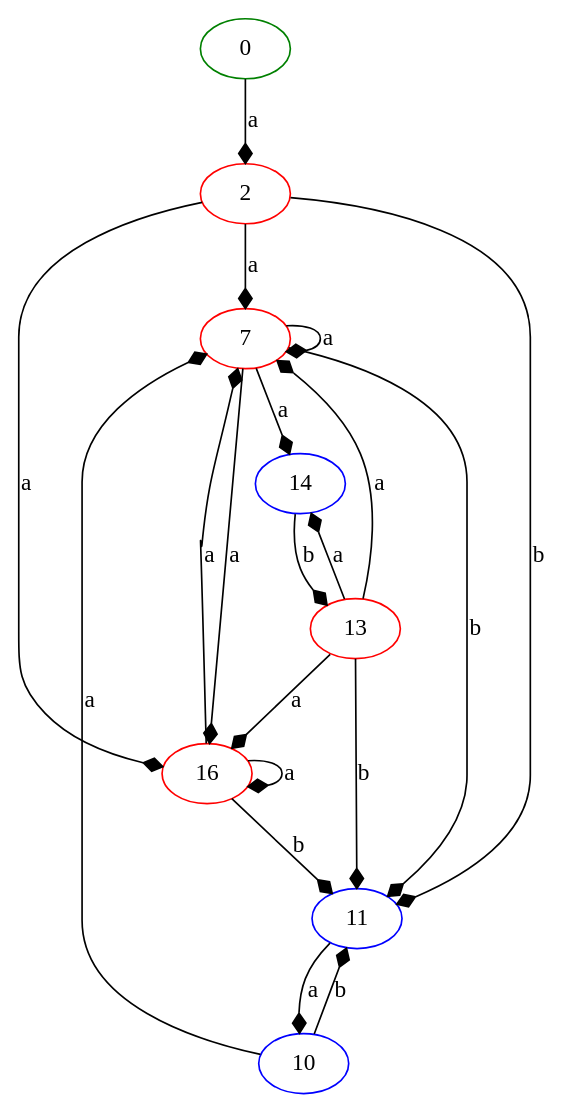
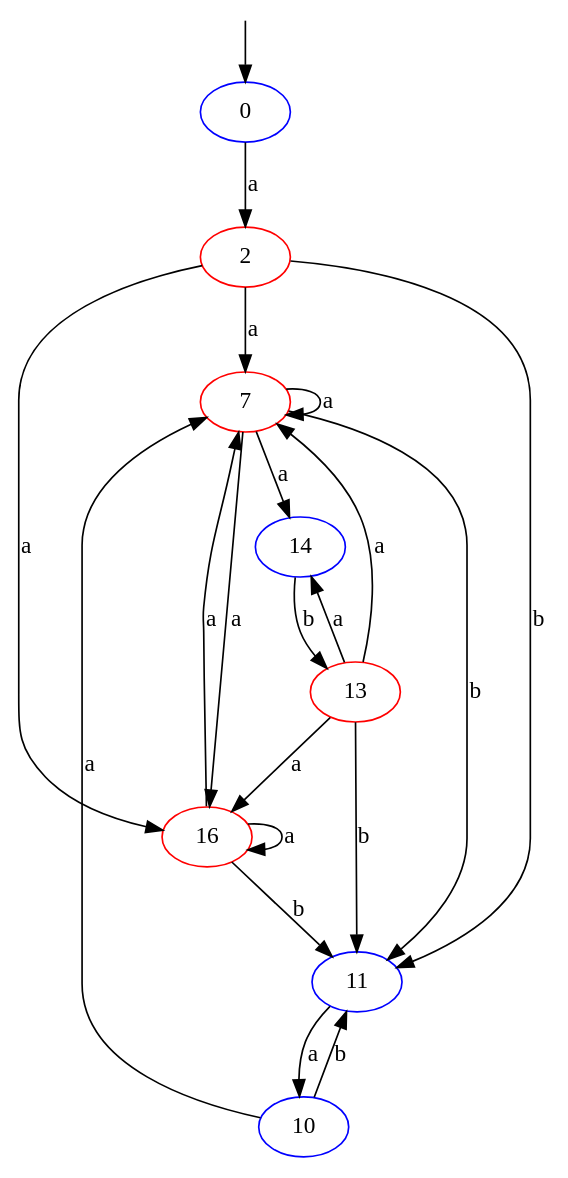
The diagram in img/nfa_without_epsilon.dot (XDLoLiK/autore), drawn with Graphviz before and after one commit. The commit also changed 9 other files, not shown here.

```diff
--- a/img/nfa_without_epsilon.dot
+++ b/img/nfa_without_epsilon.dot
@@ -1,1 +1,1 @@
-digraph G{node [color=green;];0;node [color=red;];2;node [color=red;];7;node [color=blue;];10;node [color=blue;];11;node [color=red;];13;node [color=blue;];14;node [color=red;];16;0->2[arrowhead=diamond;label="a";];2->7[arrowhead=diamond;label="a";];2->16[arrowhead=diamond;label="a";];2->11[arrowhead=diamond;label="b";];7->7[arrowhead=diamond;label="a";];7->14[arrowhead=diamond;label="a";];7->16[arrowhead=diamond;label="a";];7->11[arrowhead=diamond;label="b";];10->7[arrowhead=diamond;label="a";];10->11[arrowhead=diamond;label="b";];11->10[arrowhead=diamond;label="a";];13->7[arrowhead=diamond;label="a";];13->14[arrowhead=diamond;label="a";];13->16[arrowhead=diamond;label="a";];13->11[arrowhead=diamond;label="b";];14->13[arrowhead=diamond;label="b";];16->7[arrowhead=diamond;label="a";];16->16[arrowhead=diamond;label="a";];16->11[arrowhead=diamond;label="b";];}
+digraph G{node [color=blue;];0;node [color=red;];2;node [color=red;];7;node [color=blue;];10;node [color=blue;];11;node [color=red;];13;node [color=blue;];14;node [color=red;];16;node [shape=none;label="";height=0;width=0;];-1;-1->0;0->2[label="a";];2->7[label="a";];2->16[label="a";];2->11[label="b";];7->7[label="a";];7->14[label="a";];7->16[label="a";];7->11[label="b";];10->7[label="a";];10->11[label="b";];11->10[label="a";];13->7[label="a";];13->14[label="a";];13->16[label="a";];13->11[label="b";];14->13[label="b";];16->7[label="a";];16->16[label="a";];16->11[label="b";];}
```
